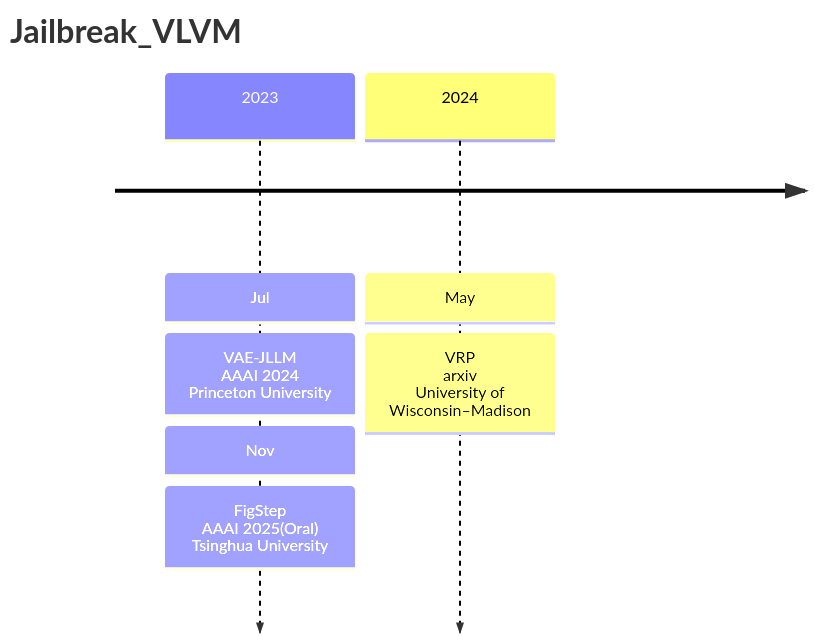
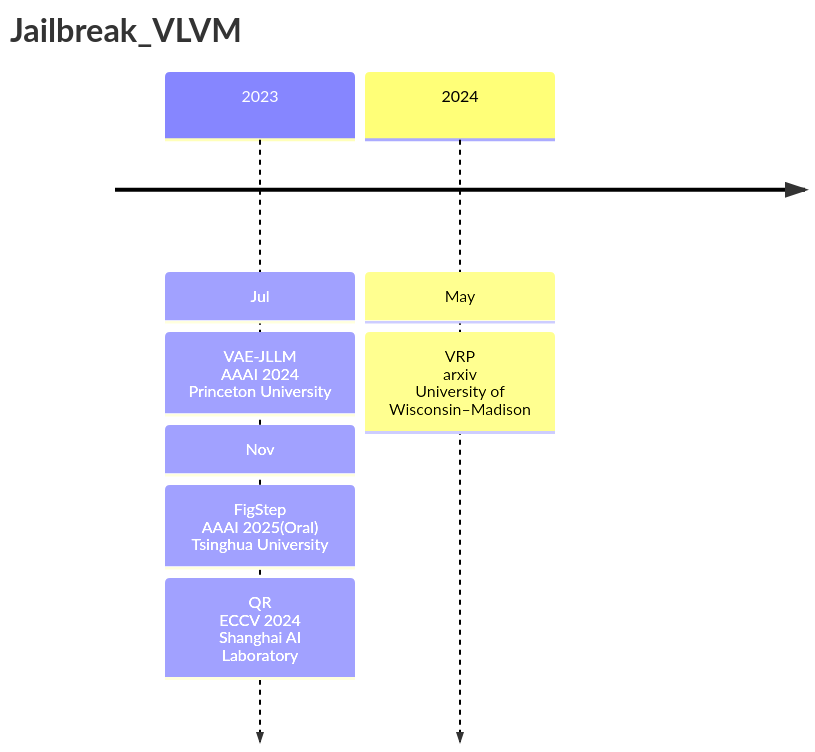
The first of 5 diagrams in Attack/Jailbreak/VLVM/analyse.md (Elephant-King9/Paper), drawn with Mermaid before and after one commit. The commit also changed other lines of this file and 5 other files, not shown here.

````diff
--- a/Attack/Jailbreak/VLVM/analyse.md
+++ b/Attack/Jailbreak/VLVM/analyse.md
@@ -5,11 +5,12 @@
 ```mermaid
 timeline
     title Jailbreak_VLVM
     	2023 : Jul
     			 : VAE-JLLM<br>AAAI 2024<br>Princeton University
     			 : Nov
     			 : FigStep<br>AAAI 2025(Oral)<br>Tsinghua University
+    			 : QR<br>ECCV 2024<br>Shanghai AI Laboratory
     	2024 : May
     			 : VRP<br>arxiv<br>University of Wisconsin–Madison
-    
+ 
 ```
````
